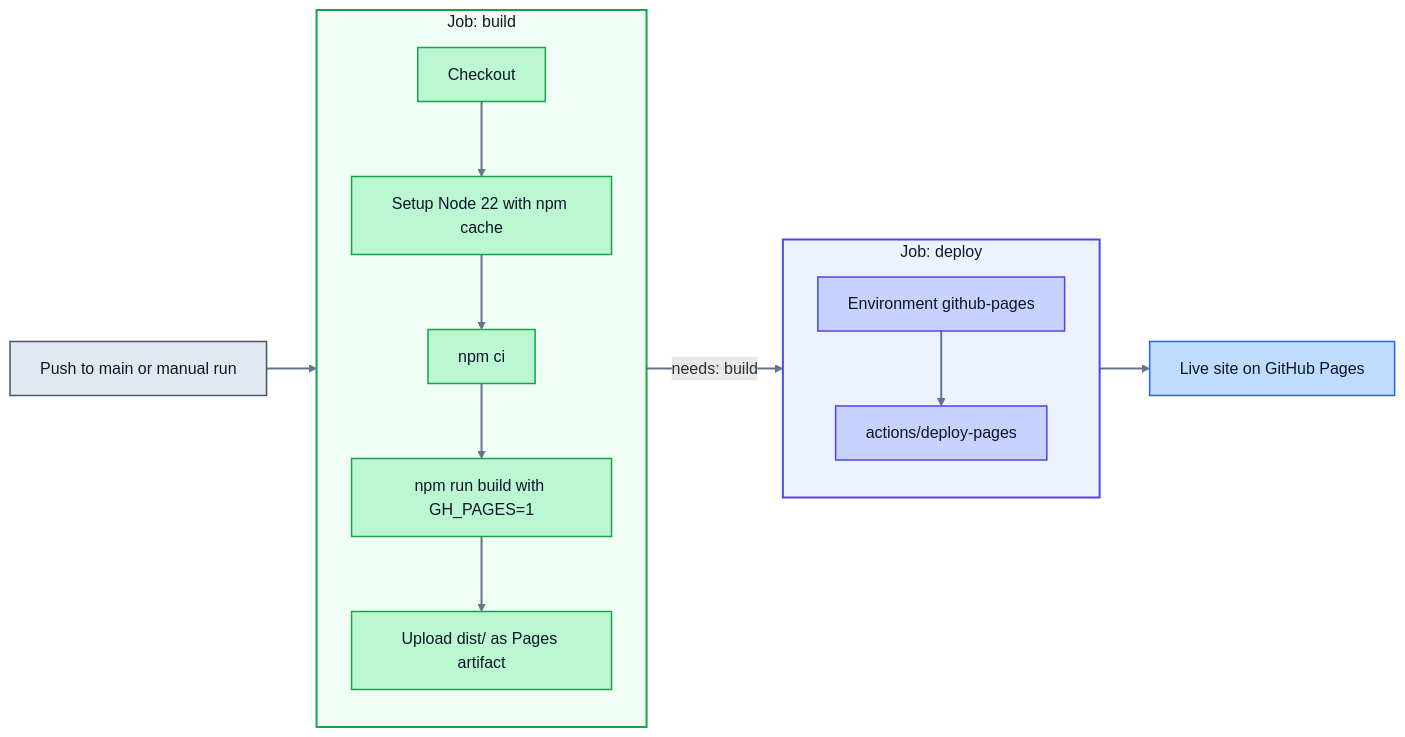
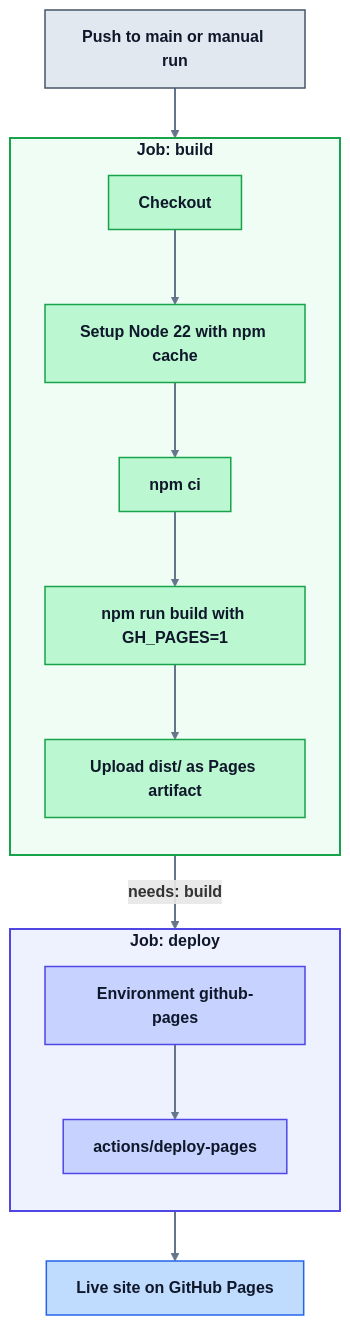
Before and after one commit to Aniruddha-25/Portfolio: the third of 3 diagrams in README.md, drawn with Mermaid. The commit also changed other lines of this file, not shown here.

Commit message:
Added Background Colour and Design to mermaid diagram

````diff
--- a/README.md
+++ b/README.md
@@ -233,38 +233,38 @@
 ```mermaid
-flowchart LR
-    TRIGGER["Push to main or manual run"]
+flowchart TB
+    TRIGGER["`**Push to main or manual run**`"]
 
-    subgraph BUILDJOB["Job: build"]
+    subgraph BUILDJOB["`**Job: build**`"]
         direction TB
-        CHECKOUT["Checkout"] --> NODE["Setup Node 22 with npm cache"]
-        NODE --> CI["npm ci"]
-        CI --> BUILD["npm run build with GH_PAGES=1"]
-        BUILD --> ARTIFACT["Upload dist/ as Pages artifact"]
+        CHECKOUT["`**Checkout**`"] --> NODE["`**Setup Node 22 with npm cache**`"]
+        NODE --> CI["`**npm ci**`"]
+        CI --> BUILD["`**npm run build with GH_PAGES=1**`"]
+        BUILD --> ARTIFACT["`**Upload dist/ as Pages artifact**`"]
     end
 
-    subgraph DEPLOYJOB["Job: deploy"]
+    subgraph DEPLOYJOB["`**Job: deploy**`"]
         direction TB
-        ENV["Environment github-pages"] --> DEPLOY["actions/deploy-pages"]
+        ENV["`**Environment github-pages**`"] --> DEPLOY["`**actions/deploy-pages**`"]
     end
 
-    LIVE["Live site on GitHub Pages"]
+    LIVE["`**Live site on GitHub Pages**`"]
 
     TRIGGER --> BUILDJOB
-    BUILDJOB -->|"needs: build"| DEPLOYJOB
+    BUILDJOB -->|"`**needs: build**`"| DEPLOYJOB
     DEPLOYJOB --> LIVE
 
     classDef trigger fill:#e2e8f0,stroke:#475569,stroke-width:1.5px,color:#0f172a
     classDef build fill:#bbf7d0,stroke:#16a34a,stroke-width:1.5px,color:#0f172a
     classDef deploy fill:#c7d2fe,stroke:#4f46e5,stroke-width:1.5px,color:#0f172a
     classDef live fill:#bfdbfe,stroke:#2563eb,stroke-width:1.5px,color:#0f172a
 
     class TRIGGER trigger
     class CHECKOUT,NODE,CI,BUILD,ARTIFACT build
     class ENV,DEPLOY deploy
     class LIVE live
 
     style BUILDJOB fill:#f0fdf4,stroke:#16a34a,stroke-width:2px,color:#0f172a
     style DEPLOYJOB fill:#eef2ff,stroke:#4f46e5,stroke-width:2px,color:#0f172a
 
     linkStyle default stroke:#64748b,stroke-width:2px
 ```
````
